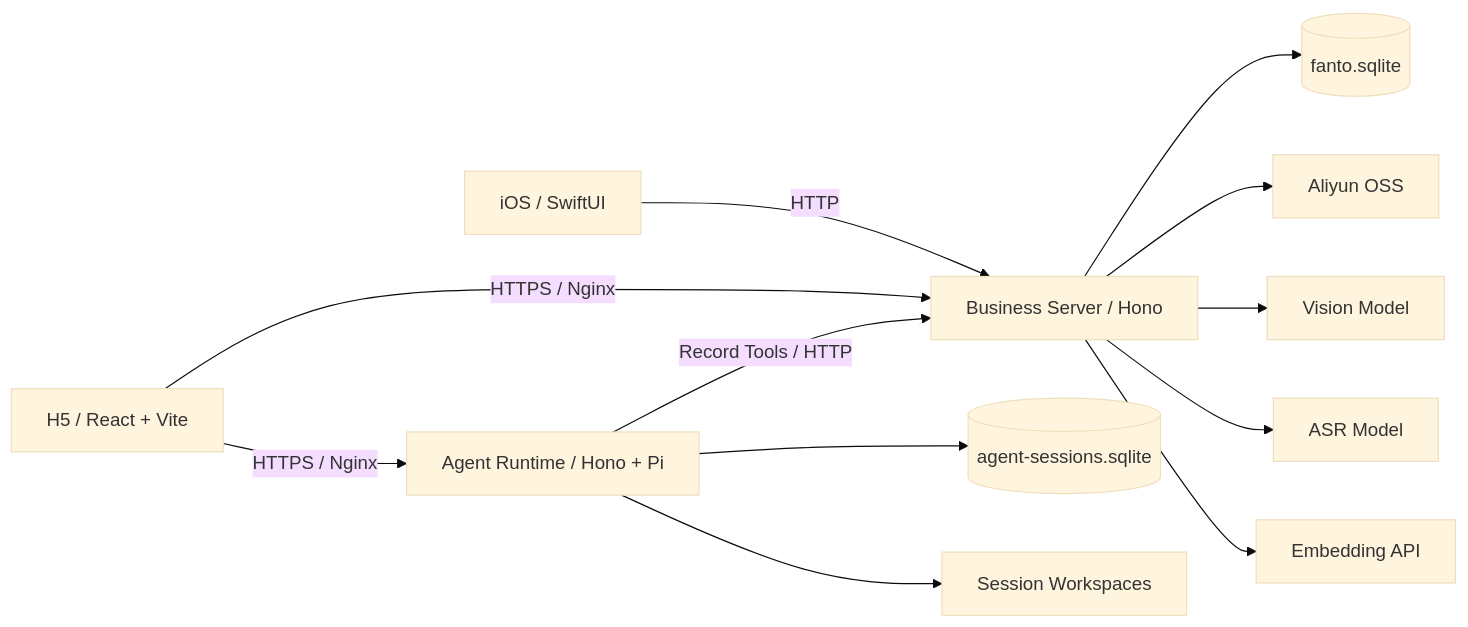
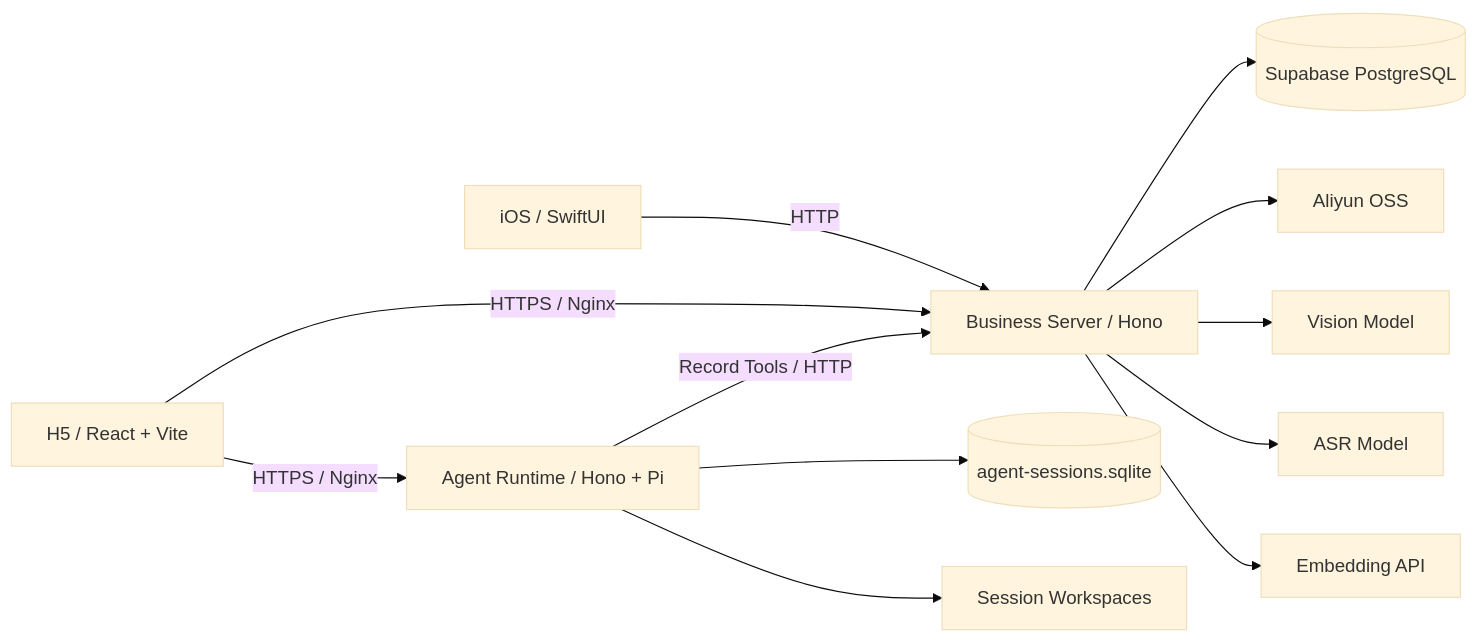
The diagram in docs/architecture/overview.md (huiru-wang/fanto), drawn with Mermaid (base theme) before and after one commit. The commit also changed other lines of this file and 42 other files, not shown here.

````diff
--- a/docs/architecture/overview.md
+++ b/docs/architecture/overview.md
@@ -5,15 +5,15 @@
 ```mermaid
 flowchart LR
   IOS[iOS / SwiftUI] -->|HTTP| S[Business Server / Hono]
   H5[H5 / React + Vite] -->|HTTPS / Nginx| S
   H5 -->|HTTPS / Nginx| AR[Agent Runtime / Hono + Pi]
-  S --> DB[(fanto.sqlite)]
+  S --> DB[(Supabase PostgreSQL)]
   S --> OSS[Aliyun OSS]
   S --> VL[Vision Model]
   S --> ASR[ASR Model]
   S --> EMB[Embedding API]
 
   AR --> ADB[(agent-sessions.sqlite)]
   AR --> WS[Session Workspaces]
   AR -->|Record Tools / HTTP| S
 ```
````
